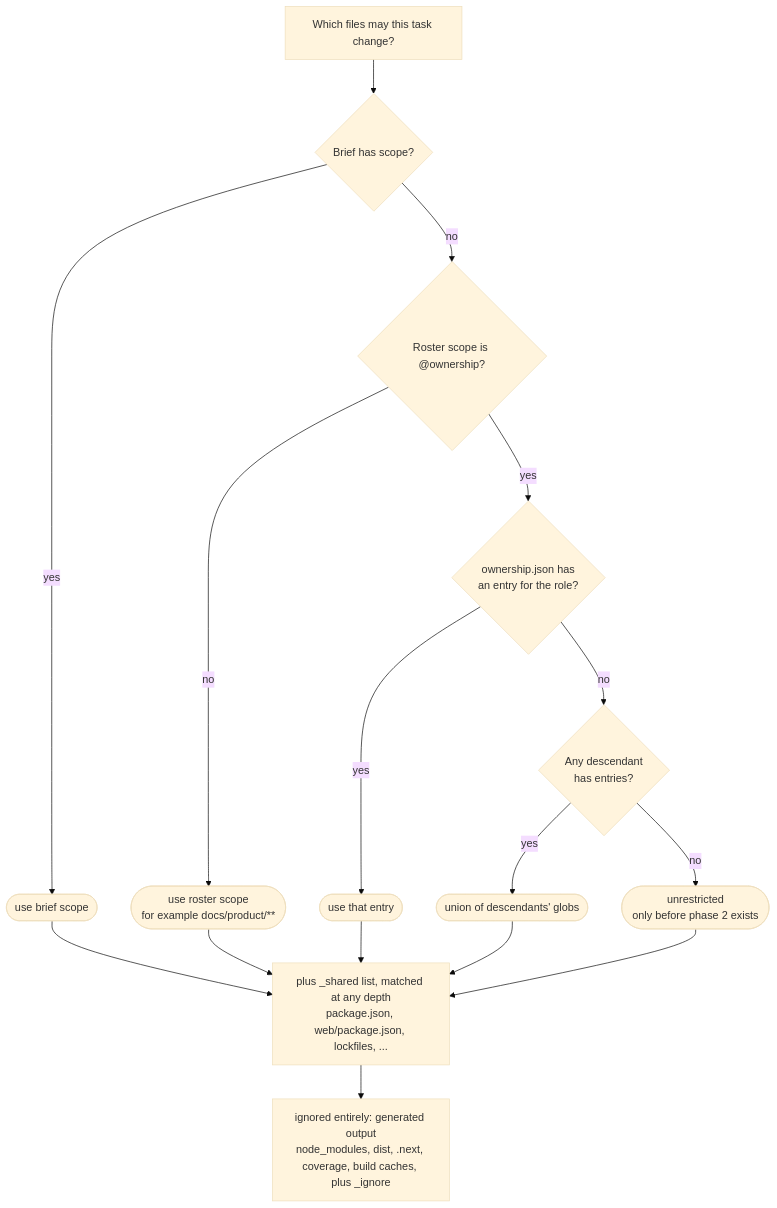
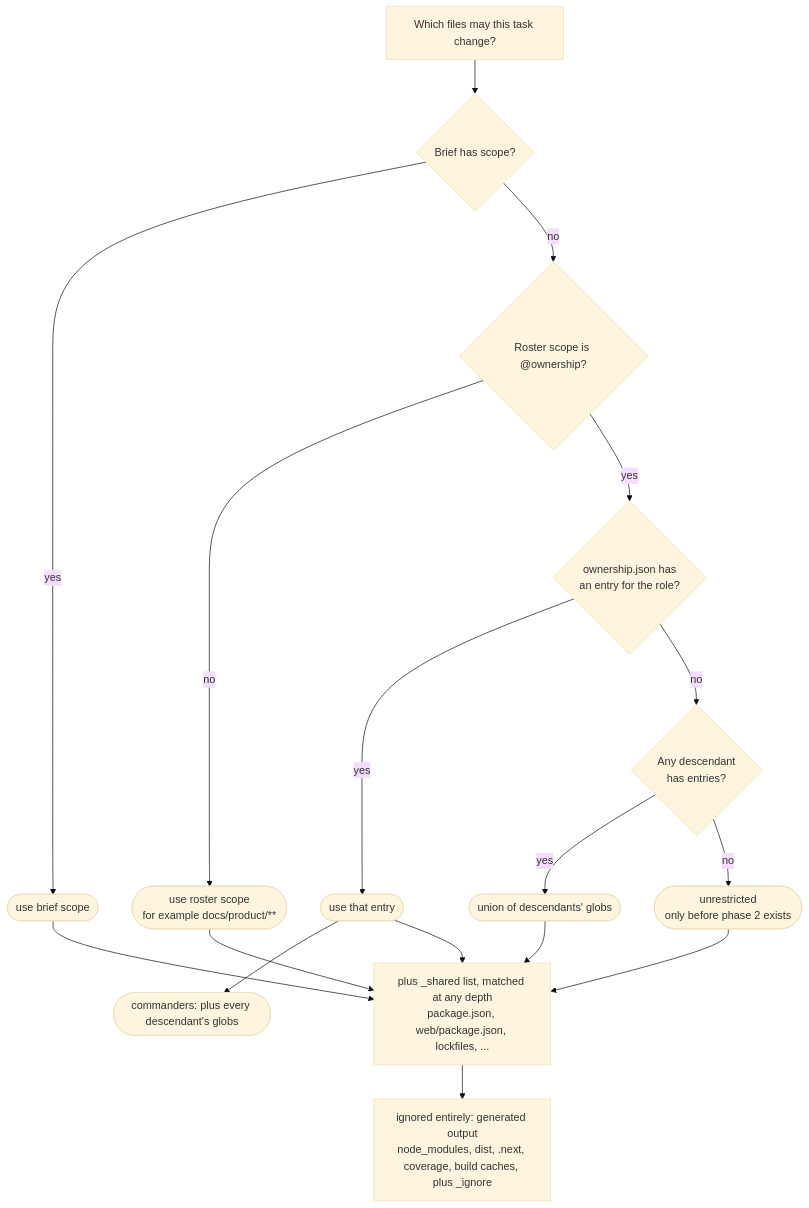
Before and after one commit to Waleed178-del/lets-do-it: the fourth of 5 diagrams in docs/system/05-verification-pipeline.md, drawn with Mermaid (base theme). The commit also changed other lines of this file and 3 other files, not shown here.

````diff
--- a/docs/system/05-verification-pipeline.md
+++ b/docs/system/05-verification-pipeline.md
@@ -43,14 +72,15 @@
 ```mermaid
 flowchart TD
     S["Which files may this task change?"] --> A{"Brief has scope?"}
     A -->|yes| A1(["use brief scope"])
     A -->|no| B{"Roster scope is @ownership?"}
     B -->|no| B1(["use roster scope<br/>for example docs/product/**"])
     B -->|yes| C{"ownership.json has<br/>an entry for the role?"}
     C -->|yes| C1(["use that entry"])
     C -->|no| D{"Any descendant<br/>has entries?"}
     D -->|yes| D1(["union of descendants' globs"])
     D -->|no| D2(["unrestricted<br/>only before phase 2 exists"])
+    C1 --> U(["commanders: plus every descendant's globs"])
     A1 & B1 & C1 & D1 & D2 --> Plus["plus _shared list, matched at any depth<br/>package.json, web/package.json, lockfiles, ..."]
     Plus --> Ign["ignored entirely: generated output<br/>node_modules, dist, .next, coverage, build caches, plus _ignore"]
 ```
````
